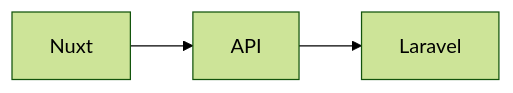
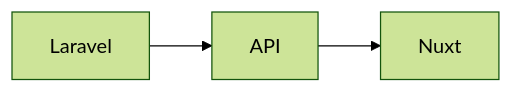
One commit to b0ul17/real-world-rewrite changed the third of 5 diagrams in slides.md. Above: the diagram before and after it, drawn with Mermaid (forest theme). The commit also changed other lines of this file, not shown here.

Commit message:
Fix interest row order and Mermaid flow direction

````diff
--- a/slides.md
+++ b/slides.md
@@ -205,5 +205,5 @@
 ```mermaid
 flowchart LR
-    D[Nuxt] --> E[API]
-    E --> F[Laravel]
+    D[Laravel] --> E[API]
+    E --> F[Nuxt]
 ```
````
